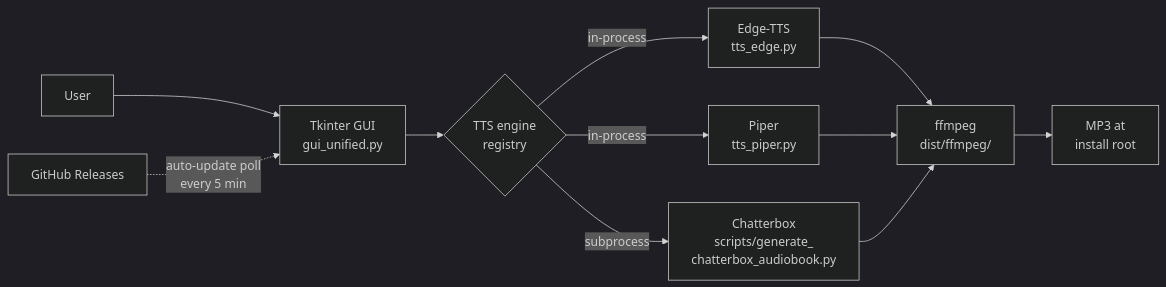
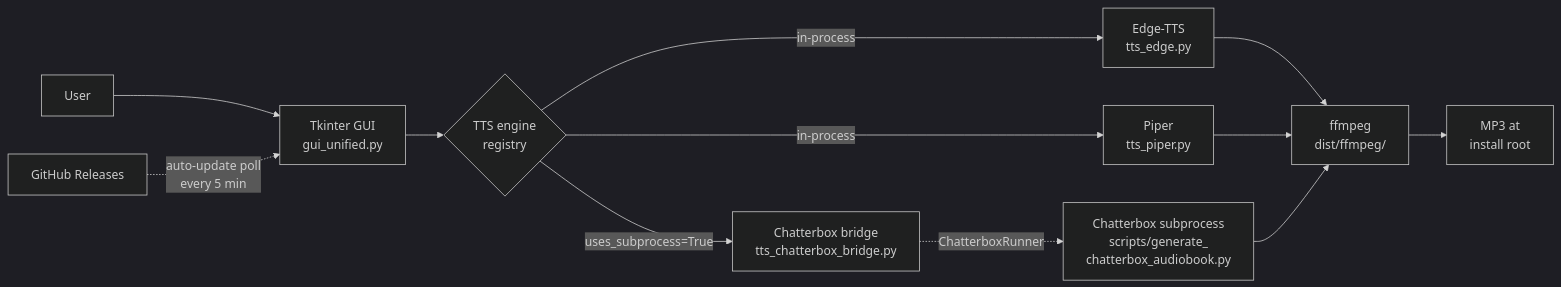
The first of 7 diagrams in docs/ARCHITECTURE.md (MikkoNumminen/AudiobookMaker), drawn with Mermaid (dark theme) before and after one commit. The commit also changed other lines of this file, not shown here.

Commit message:
docs(architecture): reflect Chatterbox bridge, gui_builders, voice_pack

````diff
--- a/docs/ARCHITECTURE.md
+++ b/docs/ARCHITECTURE.md
@@ -9,13 +9,14 @@
 ```mermaid
 flowchart LR
     User[User] --> GUI[Tkinter GUI<br/>gui_unified.py]
     GUI --> Engines{TTS engine<br/>registry}
     Engines -->|in-process| Edge[Edge-TTS<br/>tts_edge.py]
     Engines -->|in-process| Piper[Piper<br/>tts_piper.py]
-    Engines -->|subprocess| CB[Chatterbox<br/>scripts/generate_<br/>chatterbox_audiobook.py]
+    Engines -->|uses_subprocess=True| CBB[Chatterbox bridge<br/>tts_chatterbox_bridge.py]
+    CBB -.->|ChatterboxRunner| CB[Chatterbox subprocess<br/>scripts/generate_<br/>chatterbox_audiobook.py]
     Edge --> FF[ffmpeg<br/>dist/ffmpeg/]
     Piper --> FF
     CB --> FF
     FF --> MP3[MP3 at<br/>install root]
     GU[GitHub Releases] -.->|auto-update poll<br/>every 5 min| GUI
 ```
````
